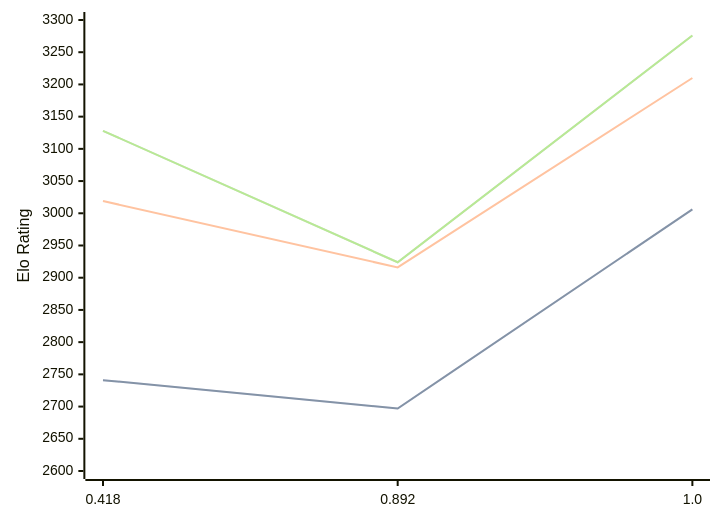
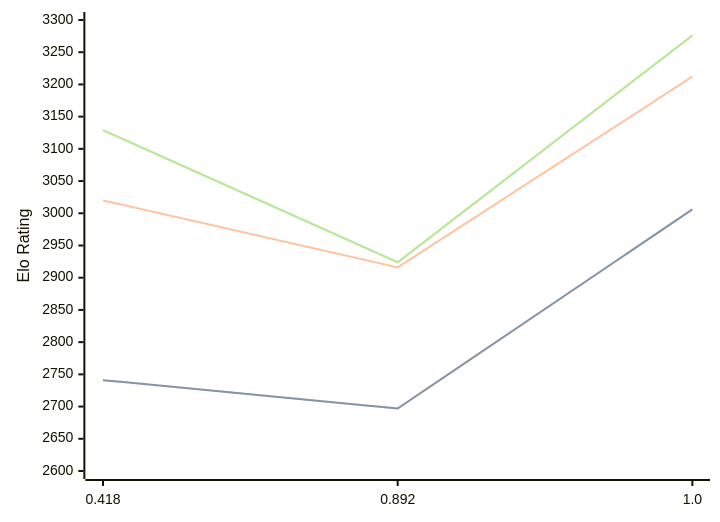
One commit to computer-chess-index/cci changed the diagram in engines/Malika.md. Above: the diagram before and after it, drawn with Mermaid. The commit also changed other lines of this file, not shown here.

Commit message:
Update CCI Ratings (ELO VLTC) - 2026-04-05

````diff
--- a/engines/Malika.md
+++ b/engines/Malika.md
@@ -33,11 +33,11 @@
 ```mermaid
 %%{init: {"theme":"base","themeVariables":{"seriesColors:['#a3a3a3','#222221','#faa371']}}}%%
 xychart-beta
   x-axis ["0.418", "0.892", "1.0"]
   y-axis "Elo Rating" 2600 --> 3300
   line "STC (8.0+0.08s)" [2741, 2697, 3006]
   line "STC (8.0+0.08s)" [2741, 2697, 3006]
-  line "LTC (60.0+0.60s)" [3019, 2916, 3210]
-  line "VLTC (2m24s+1.12s)" [3128, 2924, 3276]
-  line "VLTC (2m24s+1.12s)" [3128, 2924, 3276]
+  line "LTC (60.0+0.60s)" [3020, 2916, 3212]
+  line "VLTC (2m24s+1.12s)" [3129, 2924, 3276]
+  line "VLTC (2m24s+1.12s)" [3129, 2924, 3276]
 ```
````
